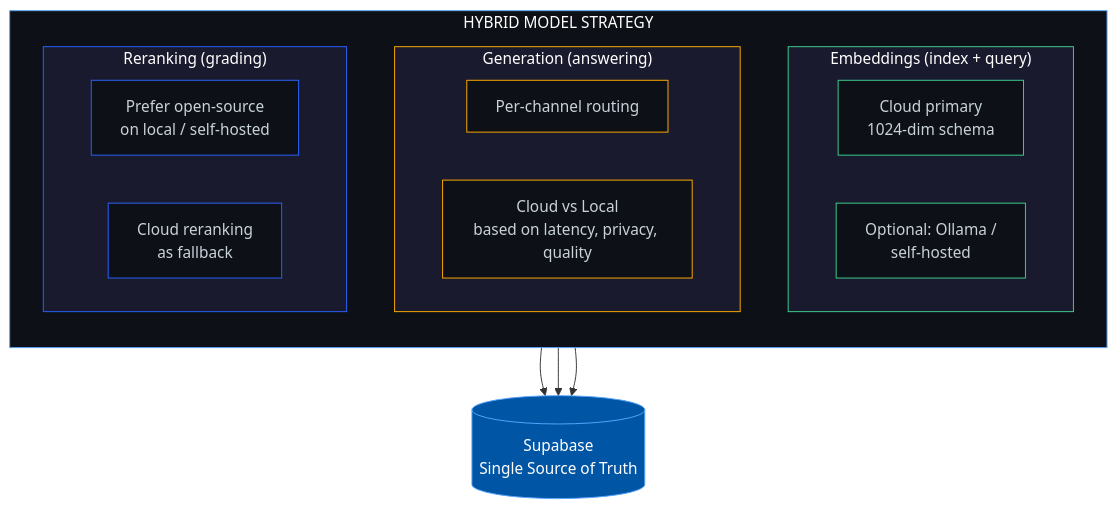
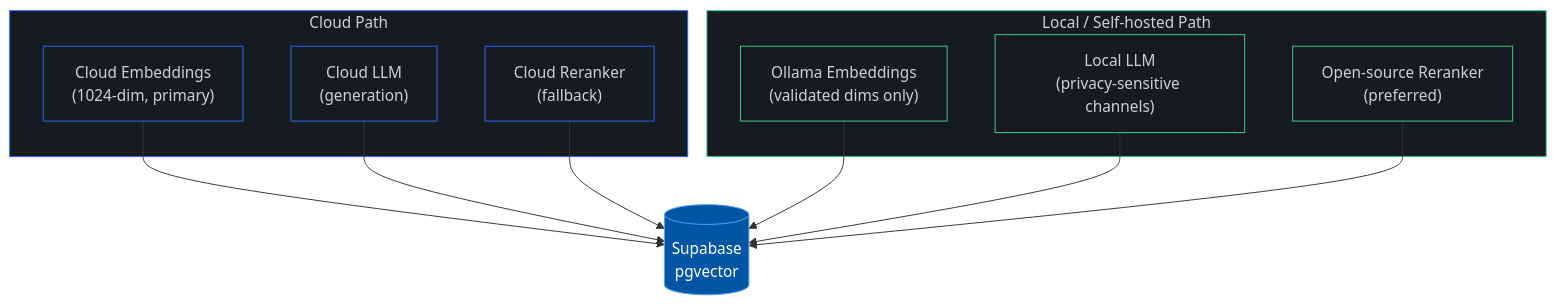
Before and after one commit to toprak1919/TMT: the third of 3 diagrams in README.md, drawn with Mermaid. The commit also changed other lines of this file, not shown here.

````diff
--- a/README.md
+++ b/README.md
@@ -549,39 +261,28 @@
 ```mermaid
 graph TB
-    subgraph Strategy["HYBRID MODEL STRATEGY"]
-        direction TB
-
-        subgraph Embed["Embeddings (index + query)"]
-            E1["Cloud primary<br/>1024-dim schema"]
-            E2["Optional: Ollama /<br/>self-hosted"]
-        end
-
-        subgraph Gen["Generation (answering)"]
-            G1["Per-channel routing"]
-            G2["Cloud vs Local<br/>based on latency, privacy, quality"]
-        end
-
-        subgraph Rank["Reranking (grading)"]
-            R1["Prefer open-source<br/>on local / self-hosted"]
-            R2["Cloud reranking<br/>as fallback"]
-        end
+    subgraph cloud["Cloud Path"]
+        CE["Cloud Embeddings<br/>(1024-dim, primary)"]
+        CG["Cloud LLM<br/>(generation)"]
+        CR["Cloud Reranker<br/>(fallback)"]
     end
 
-    DB[("Supabase<br/>Single Source of Truth")]
+    subgraph local["Local / Self-hosted Path"]
+        LE["Ollama Embeddings<br/>(validated dims only)"]
+        LG["Local LLM<br/>(privacy-sensitive channels)"]
+        LR["Open-source Reranker<br/>(preferred)"]
+    end
 
-    Embed --> DB
-    Gen --> DB
-    Rank --> DB
+    CE & LE --> DB[("Supabase\npgvector")]
+    CG & LG --> DB
+    CR & LR --> DB
 
-    style Strategy fill:#0d1117,stroke:#58A6FF,color:#fff
-    style Embed fill:#1a1a2e,stroke:#3ECF8E,color:#fff
-    style Gen fill:#1a1a2e,stroke:#FFAB00,color:#fff
-    style Rank fill:#1a1a2e,stroke:#2962FF,color:#fff
+    style cloud fill:#161b22,stroke:#2962FF,color:#c9d1d9
+    style local fill:#161b22,stroke:#3ECF8E,color:#c9d1d9
     style DB fill:#0055A4,stroke:#58A6FF,color:#fff
-    style E1 fill:#0d1117,stroke:#3ECF8E,color:#c9d1d9
-    style E2 fill:#0d1117,stroke:#3ECF8E,color:#c9d1d9
-    style G1 fill:#0d1117,stroke:#FFAB00,color:#c9d1d9
-    style G2 fill:#0d1117,stroke:#FFAB00,color:#c9d1d9
-    style R1 fill:#0d1117,stroke:#2962FF,color:#c9d1d9
-    style R2 fill:#0d1117,stroke:#2962FF,color:#c9d1d9
+    style CE fill:#161b22,stroke:#2962FF,color:#c9d1d9
+    style CG fill:#161b22,stroke:#2962FF,color:#c9d1d9
+    style CR fill:#161b22,stroke:#2962FF,color:#c9d1d9
+    style LE fill:#161b22,stroke:#3ECF8E,color:#c9d1d9
+    style LG fill:#161b22,stroke:#3ECF8E,color:#c9d1d9
+    style LR fill:#161b22,stroke:#3ECF8E,color:#c9d1d9
 ```
````
